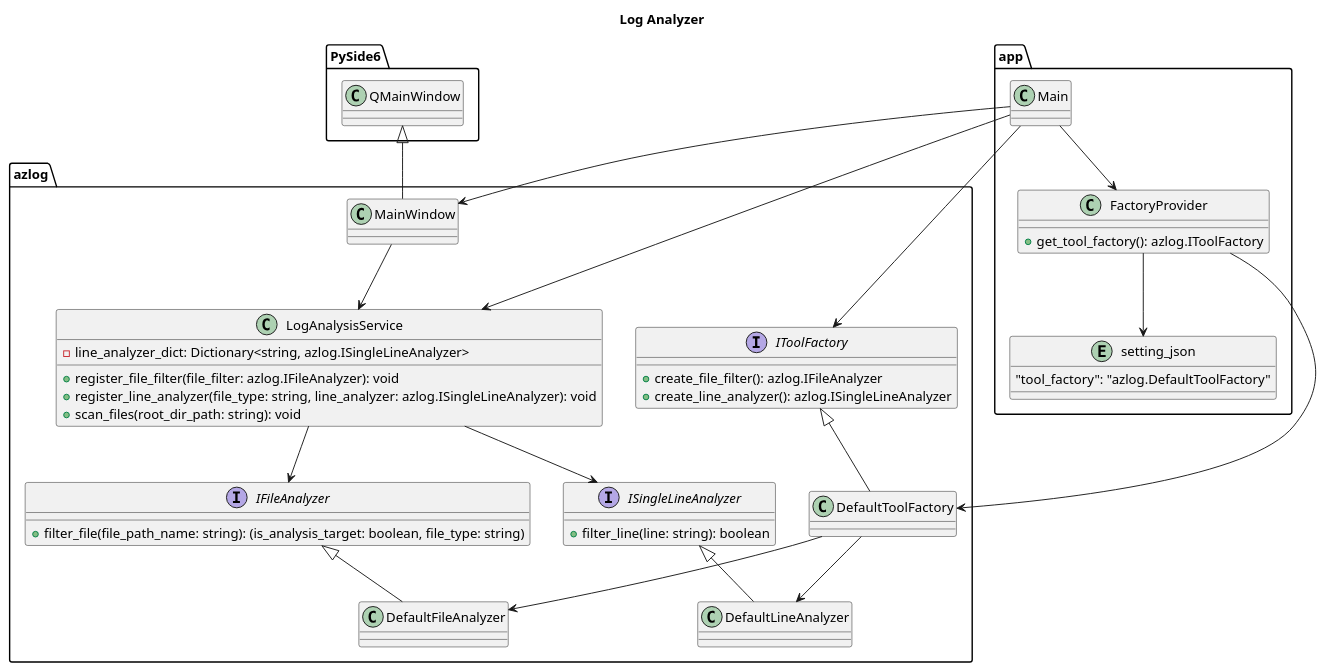
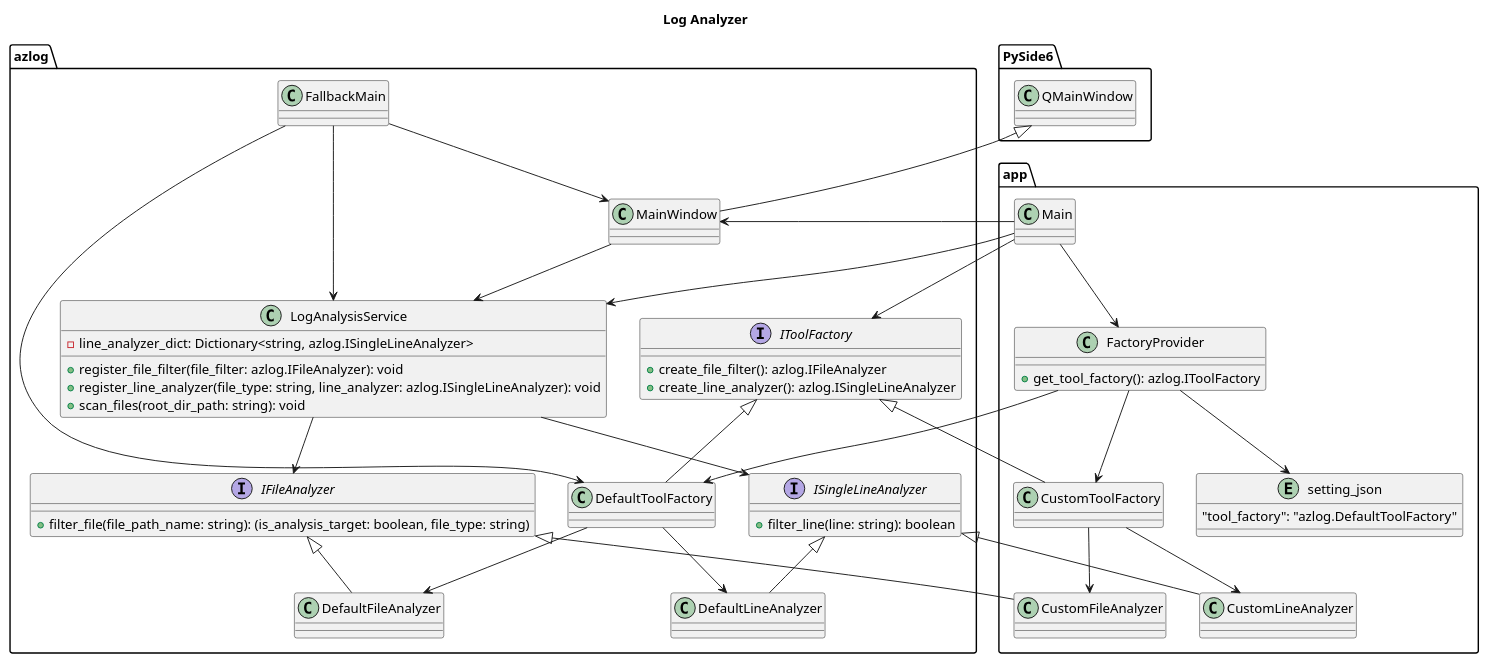
The diagram in doc/log_analyzer.puml (Takayoshi-Matsuyama/log_analyzer), drawn with PlantUML before and after one commit.

Commit message:
Updated - class diagram

```diff
--- a/doc/log_analyzer.puml
+++ b/doc/log_analyzer.puml
@@ -1,89 +1,104 @@
 @startuml log_analyzer
 
 'Copyright 2026 Takayoshi Matsuyama
 '
 'Licensed under the Apache License, Version 2.0 (the "License");
 'you may not use this file except in compliance with the License.
 'You may obtain a copy of the License at
 '
 '    http://www.apache.org/licenses/LICENSE-2.0
 '
 'Unless required by applicable law or agreed to in writing, software
 'distributed under the License is distributed on an "AS IS" BASIS,
 'WITHOUT WARRANTIES OR CONDITIONS OF ANY KIND, either express or implied.
 'See the License for the specific language governing permissions and
 'limitations under the License.
 
 title Log Analyzer
 
 interface azlog.IFileAnalyzer
 {
     +filter_file(file_path_name: string): (is_analysis_target: boolean, file_type: string)
 }
 
 class azlog.DefaultFileAnalyzer {}
+class app.CustomFileAnalyzer {}
 
 azlog.IFileAnalyzer <|-- azlog.DefaultFileAnalyzer
+azlog.IFileAnalyzer <|-- app.CustomFileAnalyzer
 
 interface azlog.ISingleLineAnalyzer
 {
     +filter_line(line: string): boolean
 }
 
 class azlog.DefaultLineAnalyzer {}
+class app.CustomLineAnalyzer {}
 
 azlog.ISingleLineAnalyzer <|-- azlog.DefaultLineAnalyzer
-
+azlog.ISingleLineAnalyzer <|-- app.CustomLineAnalyzer
 
 interface azlog.IToolFactory
 {
     +create_file_filter(): azlog.IFileAnalyzer
     +create_line_analyzer(): azlog.ISingleLineAnalyzer
 }
 
 class azlog.DefaultToolFactory {}
+class app.CustomToolFactory {}
 
 azlog.IToolFactory <|-- azlog.DefaultToolFactory
+azlog.IToolFactory <|-- app.CustomToolFactory
 
 azlog.DefaultToolFactory --> azlog.DefaultFileAnalyzer
 azlog.DefaultToolFactory --> azlog.DefaultLineAnalyzer
+
+app.CustomToolFactory --> app.CustomFileAnalyzer
+app.CustomToolFactory --> app.CustomLineAnalyzer
 
 class azlog.LogAnalysisService
 {
     -line_analyzer_dict: Dictionary<string, azlog.ISingleLineAnalyzer>
     +register_file_filter(file_filter: azlog.IFileAnalyzer): void
     +register_line_analyzer(file_type: string, line_analyzer: azlog.ISingleLineAnalyzer): void
     +scan_files(root_dir_path: string): void
 }
 
 azlog.LogAnalysisService --> azlog.IFileAnalyzer
 azlog.LogAnalysisService --> azlog.ISingleLineAnalyzer
 
 class PySide6.QMainWindow {}
 
 class azlog.MainWindow {}
 
 PySide6.QMainWindow <|-- azlog.MainWindow
 
 entity app.setting_json
 {
     "tool_factory": "azlog.DefaultToolFactory"
 }
 
 class app.FactoryProvider
  {
     +get_tool_factory(): azlog.IToolFactory
 }
 
 app.FactoryProvider --> app.setting_json
 app.FactoryProvider --> azlog.DefaultToolFactory
+app.FactoryProvider --> app.CustomToolFactory
+
+class azlog.FallbackMain {}
+azlog.FallbackMain --> azlog.DefaultToolFactory
+azlog.FallbackMain --> azlog.LogAnalysisService
+azlog.FallbackMain --> azlog.MainWindow
+
 
 class app.Main {}
 
 app.Main --> app.FactoryProvider
 app.Main --> azlog.IToolFactory
 app.Main --> azlog.LogAnalysisService
 app.Main --> azlog.MainWindow
 azlog.MainWindow --> azlog.LogAnalysisService
 
 @enduml
```
